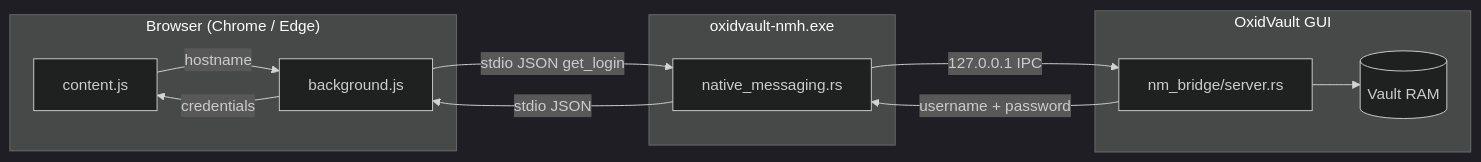
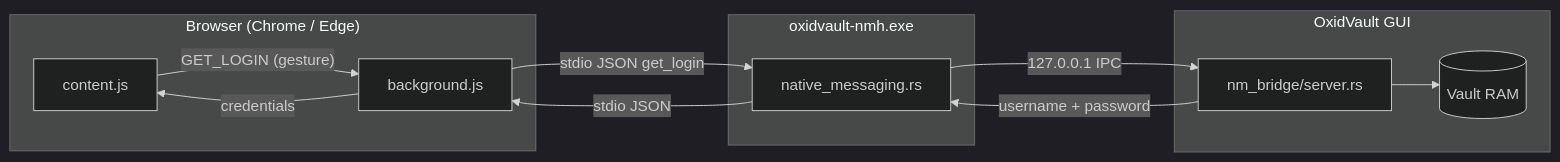
The second of 2 diagrams in ARCHITECTURE.md (caRl0oo/oxidvault), drawn with Mermaid (dark theme) before and after one commit. The commit also changed other lines of this file and 8 other files, not shown here.

````diff
--- a/ARCHITECTURE.md
+++ b/ARCHITECTURE.md
@@ -1715,24 +1715,24 @@
 ```mermaid
 flowchart LR
     subgraph Browser["Browser (Chrome / Edge)"]
         CS[content.js]
         BG[background.js]
-        CS -->|"hostname"| BG
+        CS -->|"GET_LOGIN (gesture)"| BG
     end
 
     subgraph Host["oxidvault-nmh.exe"]
         NM[native_messaging.rs]
     end
 
     subgraph Desktop["OxidVault GUI"]
         BR[nm_bridge/server.rs]
         V[(Vault RAM)]
         BR --> V
     end
 
     BG -- "stdio JSON get_login" --> NM
     NM -- "127.0.0.1 IPC" --> BR
     BR -- "username + password" --> NM
     NM -- "stdio JSON" --> BG
     BG -- "credentials" --> CS
 ```
````
